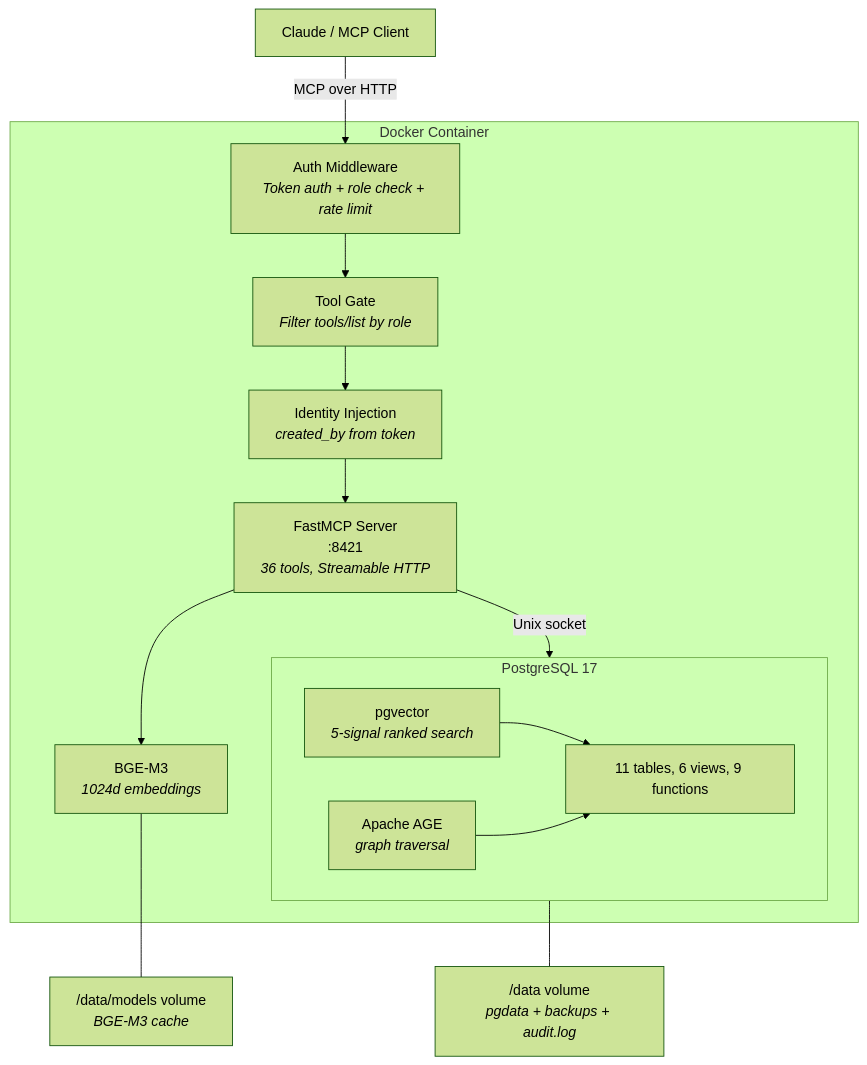
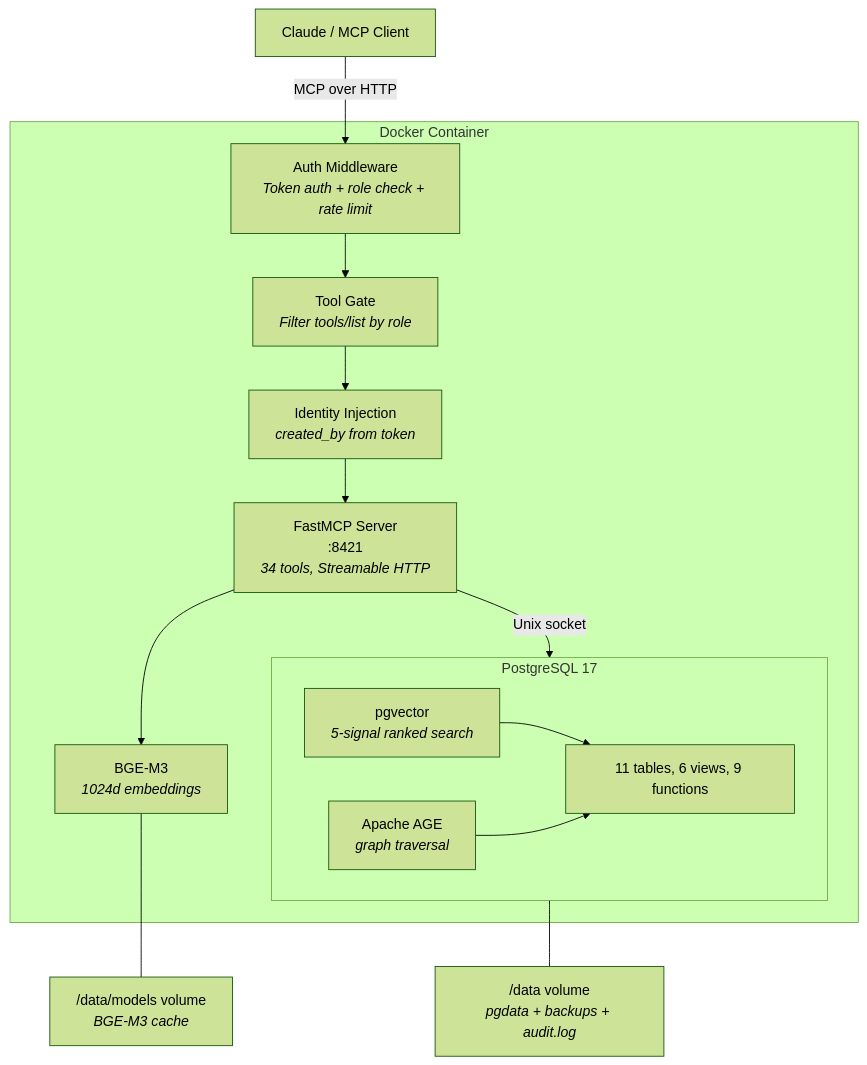
Before and after one commit to ufelmann/HiveMem: the first of 2 diagrams in README.md, drawn with Mermaid (forest theme). The commit also changed other lines of this file and 3 other files, not shown here.

````diff
--- a/README.md
+++ b/README.md
@@ -190,32 +190,32 @@
 ```mermaid
 graph TB
     Client["Claude / MCP Client"]
 
     subgraph Container["Docker Container"]
         Auth["Auth Middleware<br/><i>Token auth + role check + rate limit</i>"]
         ToolGate["Tool Gate<br/><i>Filter tools/list by role</i>"]
         Identity["Identity Injection<br/><i>created_by from token</i>"]
-        MCP["FastMCP Server<br/>:8421<br/><i>36 tools, Streamable HTTP</i>"]
+        MCP["FastMCP Server<br/>:8421<br/><i>34 tools, Streamable HTTP</i>"]
         BGE["BGE-M3<br/><i>1024d embeddings</i>"]
 
         subgraph PG["PostgreSQL 17"]
             pgvector["pgvector<br/><i>5-signal ranked search</i>"]
             AGE["Apache AGE<br/><i>graph traversal</i>"]
             Tables["11 tables, 6 views, 9 functions"]
         end
     end
 
     Volume["/data volume<br/><i>pgdata + backups + audit.log</i>"]
     Models["/data/models volume<br/><i>BGE-M3 cache</i>"]
 
     Client -->|"MCP over HTTP"| Auth
     Auth --> ToolGate
     ToolGate --> Identity
     Identity --> MCP
     MCP --> BGE
     MCP -->|"Unix socket"| PG
     pgvector --> Tables
     AGE --> Tables
     PG --- Volume
     BGE --- Models
 ```
````
